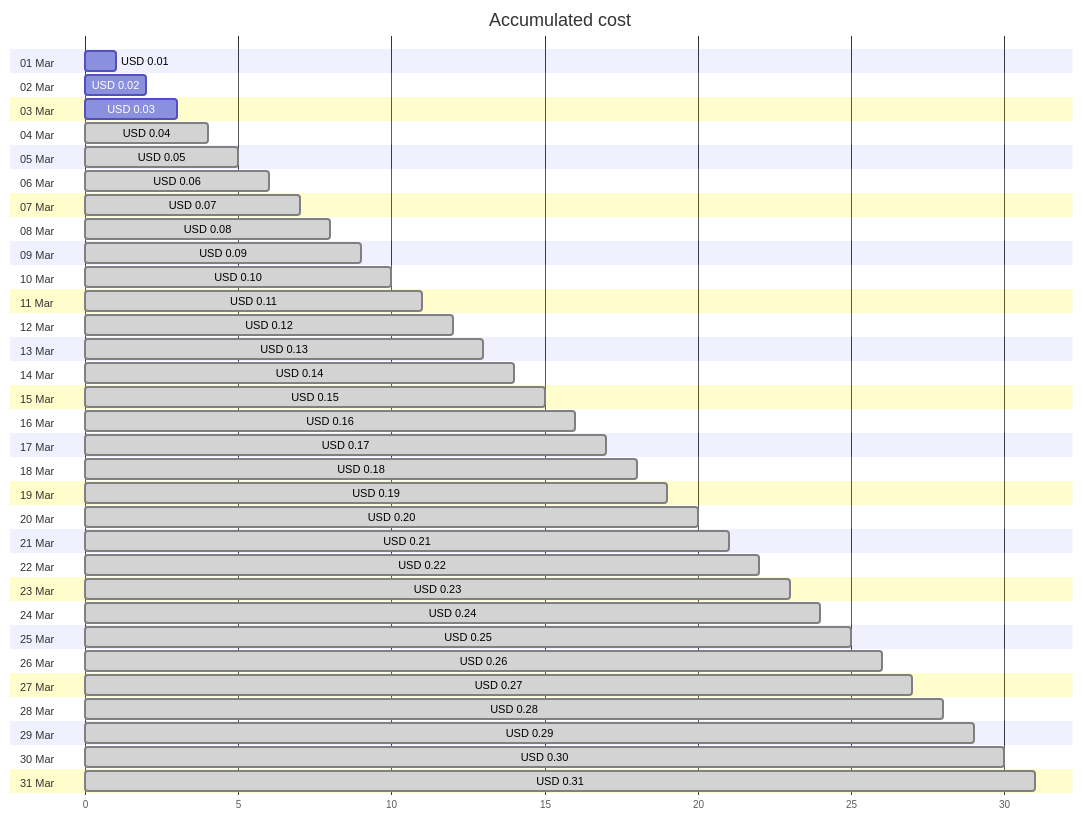
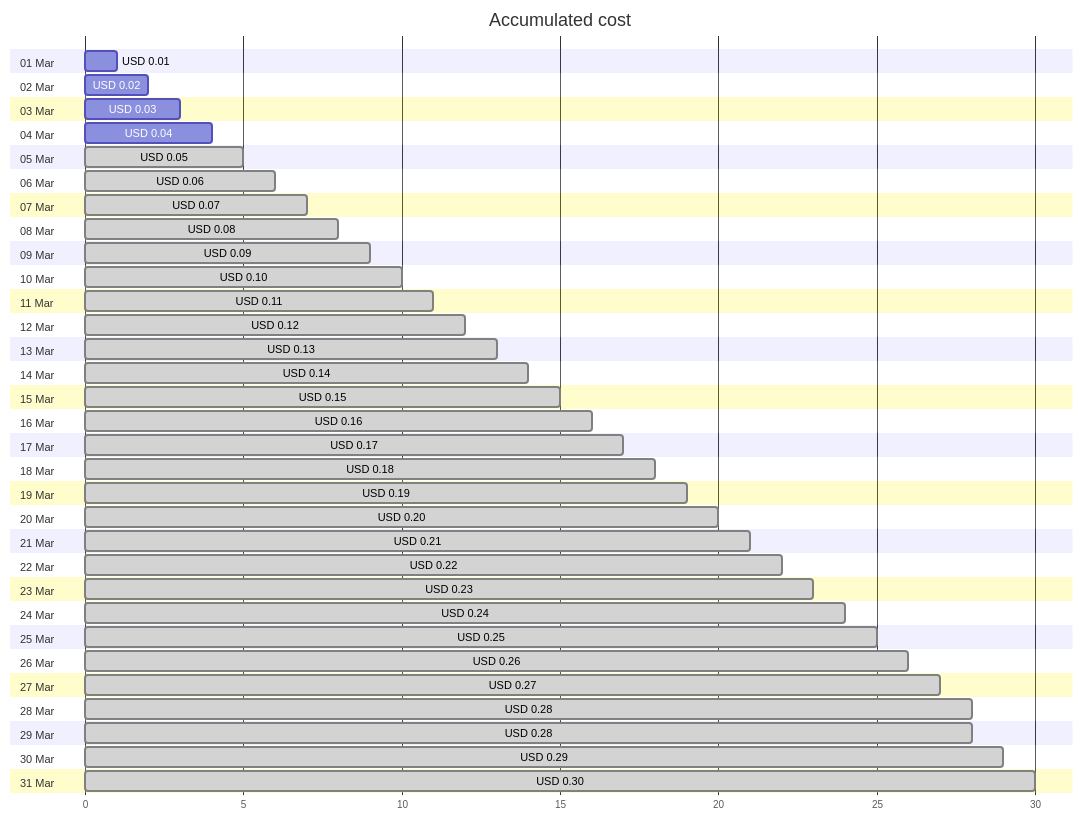
One commit to jpfulton/azure-personal-reports changed the first of 4 diagrams in cost-reports/cloud-shell-storage-eastus/README.md. Above: the diagram before and after it, drawn with Mermaid. The commit also changed other lines of this file and 1 other file, not shown here.

````diff
--- a/cost-reports/cloud-shell-storage-eastus/README.md
+++ b/cost-reports/cloud-shell-storage-eastus/README.md
@@ -20,68 +20,68 @@
 ```mermaid
 gantt
    title Accumulated cost
    dateFormat  X
    axisFormat %s
    section 01 Mar
    USD 0.01 :0, 1
    section 02 Mar
    USD 0.02 :0, 2
    section 03 Mar
    USD 0.03 :0, 3
    section 04 Mar
-   USD 0.04 : done, 0, 4
+   USD 0.04 :0, 4
    section 05 Mar
    USD 0.05 : done, 0, 5
    section 06 Mar
    USD 0.06 : done, 0, 6
    section 07 Mar
    USD 0.07 : done, 0, 7
    section 08 Mar
    USD 0.08 : done, 0, 8
    section 09 Mar
    USD 0.09 : done, 0, 9
    section 10 Mar
    USD 0.10 : done, 0, 10
    section 11 Mar
    USD 0.11 : done, 0, 11
    section 12 Mar
    USD 0.12 : done, 0, 12
    section 13 Mar
    USD 0.13 : done, 0, 13
    section 14 Mar
    USD 0.14 : done, 0, 14
    section 15 Mar
    USD 0.15 : done, 0, 15
    section 16 Mar
    USD 0.16 : done, 0, 16
    section 17 Mar
    USD 0.17 : done, 0, 17
    section 18 Mar
    USD 0.18 : done, 0, 18
    section 19 Mar
    USD 0.19 : done, 0, 19
    section 20 Mar
    USD 0.20 : done, 0, 20
    section 21 Mar
    USD 0.21 : done, 0, 21
    section 22 Mar
    USD 0.22 : done, 0, 22
    section 23 Mar
    USD 0.23 : done, 0, 23
    section 24 Mar
    USD 0.24 : done, 0, 24
    section 25 Mar
    USD 0.25 : done, 0, 25
    section 26 Mar
    USD 0.26 : done, 0, 26
    section 27 Mar
    USD 0.27 : done, 0, 27
    section 28 Mar
    USD 0.28 : done, 0, 28
    section 29 Mar
+   USD 0.28 : done, 0, 28
+   section 30 Mar
    USD 0.29 : done, 0, 29
-   section 30 Mar
+   section 31 Mar
    USD 0.30 : done, 0, 30
-   section 31 Mar
-   USD 0.31 : done, 0, 31
 ```
````
